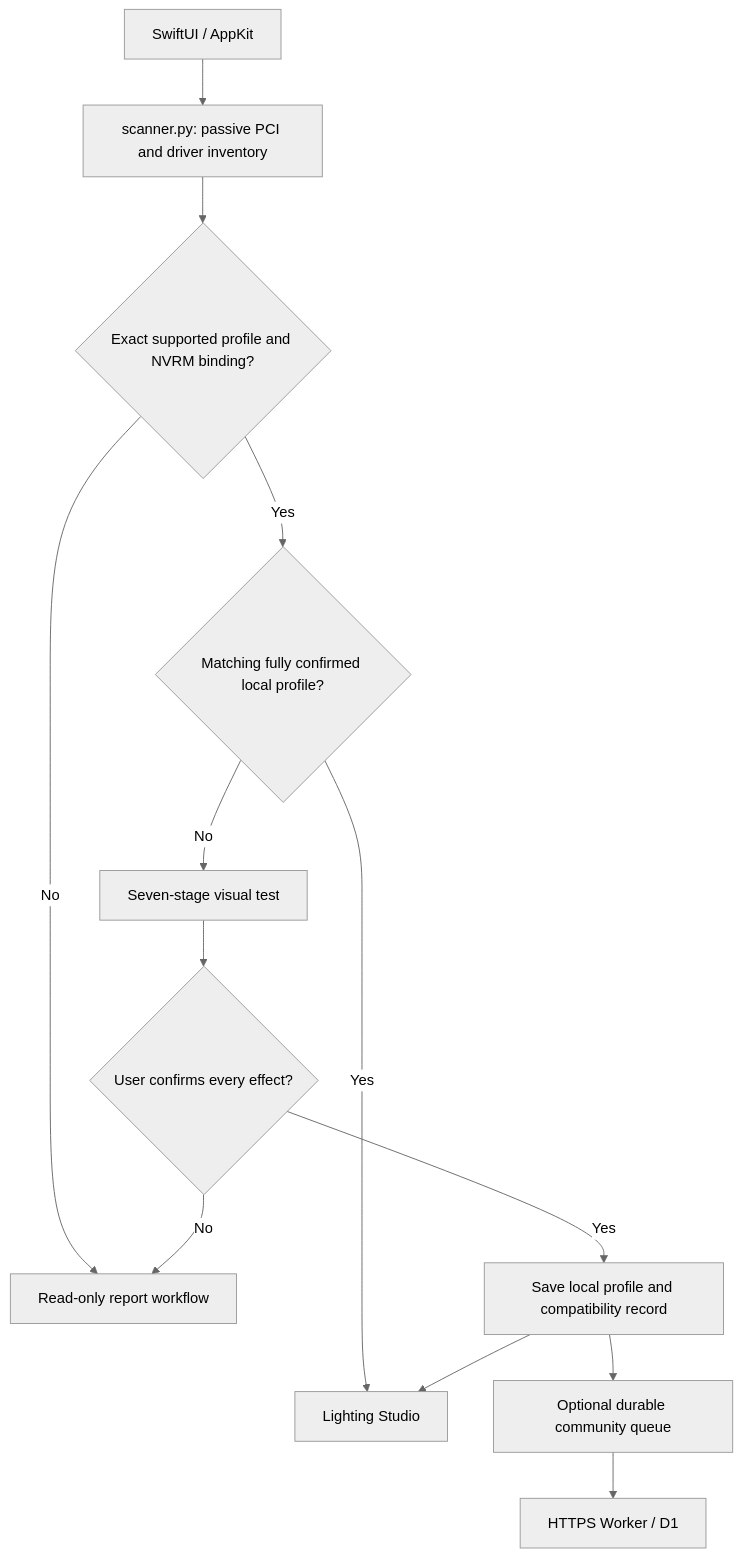
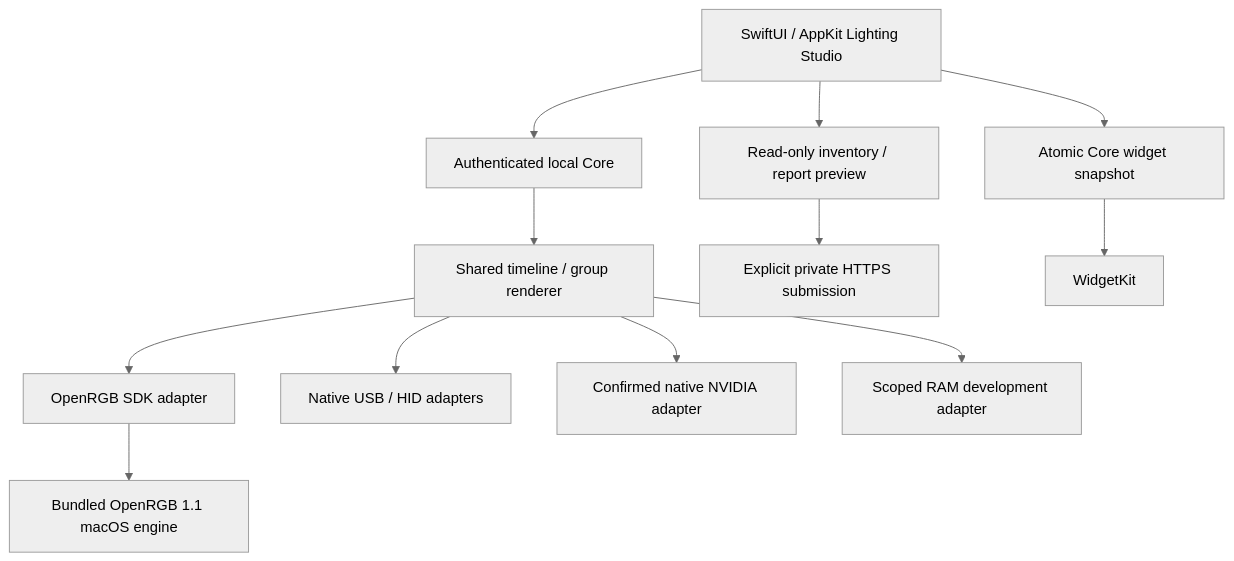
Before and after one commit to aleopho/HackinFX: the diagram in docs/ARCHITECTURE.md, drawn with Mermaid (neutral theme). The commit also changed other lines of this file and 18 other files, not shown here.

Commit message:
Release HackinFX 2.1.1 Lighting Studio with multi-device documentation, current screenshot and complete release packaging

````diff
--- a/docs/ARCHITECTURE.md
+++ b/docs/ARCHITECTURE.md
@@ -7,15 +10,14 @@
 ```mermaid
 flowchart TD
-    UI[SwiftUI / AppKit] --> SC[scanner.py: passive PCI and driver inventory]
-    SC --> G{Exact supported profile and NVRM binding?}
-    G -->|No| R[Read-only report workflow]
-    G -->|Yes| P{Matching fully confirmed local profile?}
-    P -->|Yes| S[Lighting Studio]
-    P -->|No| T[Seven-stage visual test]
-    T --> C{User confirms every effect?}
-    C -->|No| R
-    C -->|Yes| L[Save local profile and compatibility record]
-    L --> S
-    L --> Q[Optional durable community queue]
-    Q --> W[HTTPS Worker / D1]
+    UI[SwiftUI / AppKit Lighting Studio] --> CORE[Authenticated local Core]
+    CORE --> R[Shared timeline / group renderer]
+    R --> SDK[OpenRGB SDK adapter]
+    SDK --> ENGINE[Bundled OpenRGB 1.1 macOS engine]
+    R --> USB[Native USB / HID adapters]
+    R --> GPU[Confirmed native NVIDIA adapter]
+    R --> RAM[Scoped RAM development adapter]
+    UI --> SCAN[Read-only inventory / report preview]
+    SCAN --> SEND[Explicit private HTTPS submission]
+    UI --> SNAP[Atomic Core widget snapshot]
+    SNAP --> W[WidgetKit]
 ```
````
